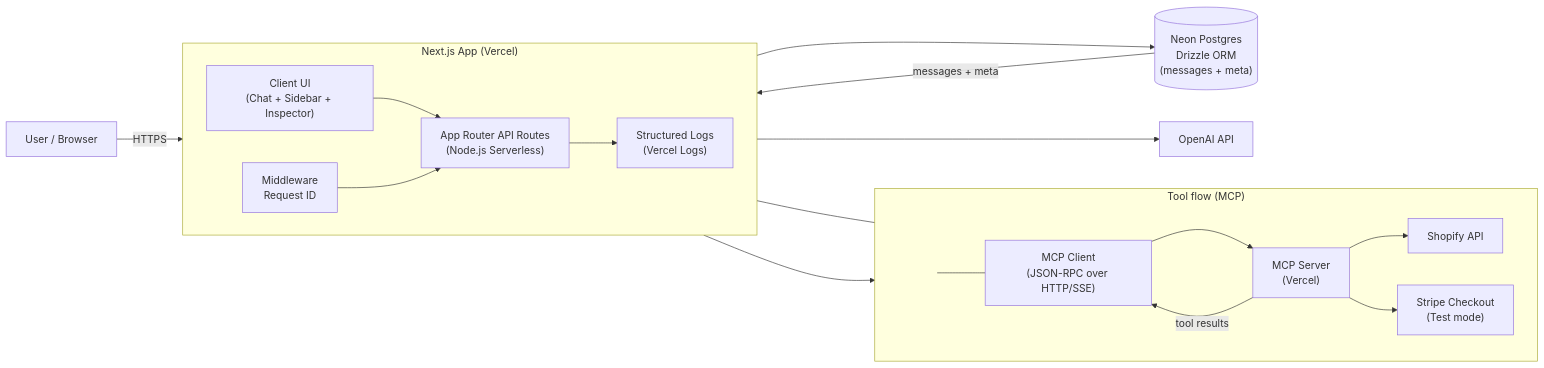
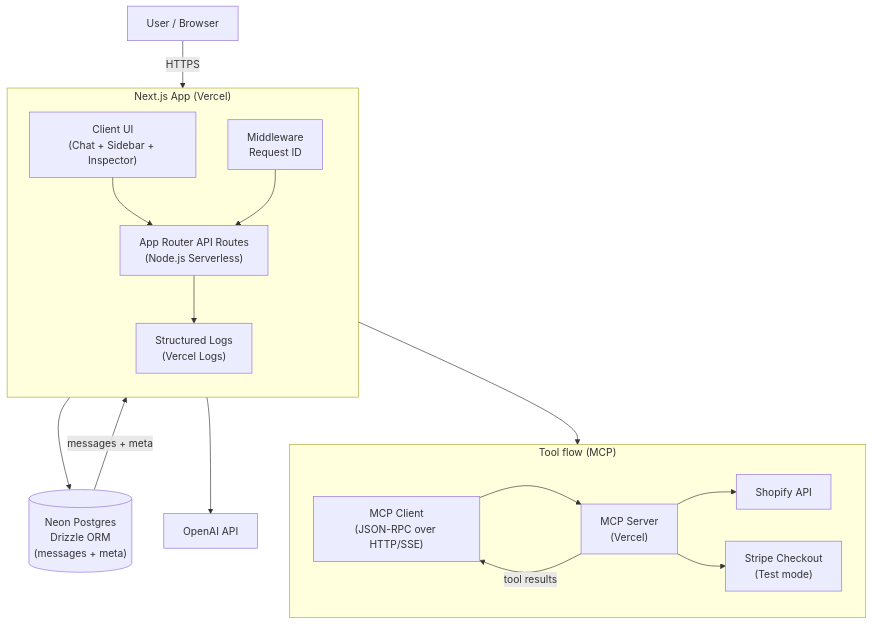
The diagram in README.md (nickcarndt/chatbot-with-memory), drawn with Mermaid before and after one commit.

Commit message:
docs: fix mermaid diagram - remove incorrect arrows, use TB layout

````diff
--- a/README.md
+++ b/README.md
@@ -68,28 +68,25 @@
 ```mermaid
-flowchart LR
-  U[User / Browser] -->|HTTPS| UI
+flowchart TB
+  U[User / Browser] -->|HTTPS| C["Client UI<br/>(Chat + Sidebar + Inspector)"]
 
   subgraph UI["Next.js App (Vercel)"]
-    direction LR
-    C["Client UI<br/>(Chat + Sidebar + Inspector)"] --> API["App Router API Routes<br/>(Node.js Serverless)"]
+    direction TB
+    C --> API["App Router API Routes<br/>(Node.js Serverless)"]
     MW["Middleware<br/>Request ID"] --> API
     API --> LOGS["Structured Logs<br/>(Vercel Logs)"]
   end
 
+  API --> DB[("Neon Postgres<br/>Drizzle ORM<br/>(messages + meta)")]
+  API --> LLM["OpenAI API"]
+
   subgraph MCPFLOW["Tool flow (MCP)"]
     direction LR
-    API --- SPACER[" "]:::spacer --- MCPCLIENT["MCP Client<br/>(JSON-RPC over HTTP/SSE)"]
-    API --> MCPCLIENT
+    API --> MCPCLIENT["MCP Client<br/>(JSON-RPC over HTTP/SSE)"]
     MCPCLIENT --> MCPSERVER["MCP Server<br/>(Vercel)"]
     MCPSERVER --> SHOPIFY["Shopify API"]
     MCPSERVER --> STRIPE["Stripe Checkout<br/>(Test mode)"]
     MCPSERVER -->|tool results| MCPCLIENT
   end
 
-  API --> DB[("Neon Postgres<br/>Drizzle ORM<br/>(messages + meta)")]
-  API --> LLM["OpenAI API"]
-
   DB -->|messages + meta| C
-
-  classDef spacer fill:transparent,stroke:transparent,color:transparent
 ```
````
